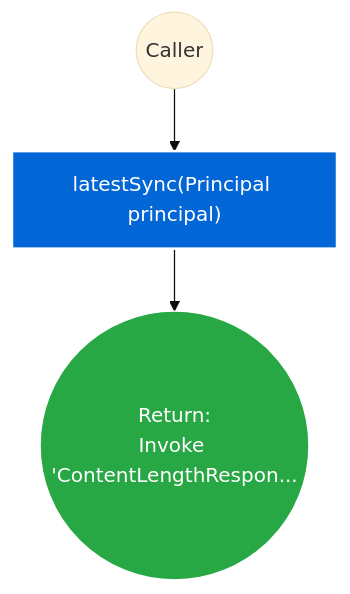
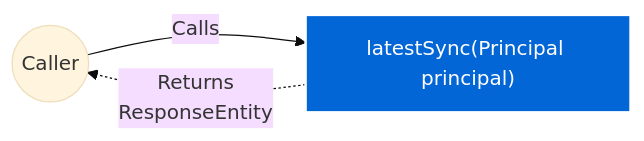
Before and after one commit to FelipeMCassiano/geanky: the fourth of 5 diagrams in docs/BoatSyncController.md, drawn with Mermaid (base theme). The commit also changed other lines of this file and 6 other files, not shown here.

````diff
--- a/docs/BoatSyncController.md
+++ b/docs/BoatSyncController.md
@@ -244,11 +257,9 @@
 ```mermaid
-flowchart TD
+flowchart LR
     classDef methodNode fill:#0366d6,stroke:#fff,stroke-width:2px,color:#fff;
-    classDef callNode fill:#f1f8ff,stroke:#0366d6,color:#24292f;
-    classDef ifNode fill:#fff8c5,stroke:#d73a49,color:#24292f;
-    classDef retNode fill:#28a745,stroke:#fff,color:#fff;
+    Caller(("Caller"))
+    Method["latestSync(Principal principal)"]:::methodNode
 
-    START(("Caller")) --> M_ENTRY["latestSync(Principal principal)"]:::methodNode
-    M_ENTRY --> N1(("Return:<br>Invoke 'ContentLengthRespon...")):::retNode
-
+    Caller -- "Calls" --> Method
+    Method -. "Returns<br>ResponseEntity<?>" .-> Caller
 ```
````
